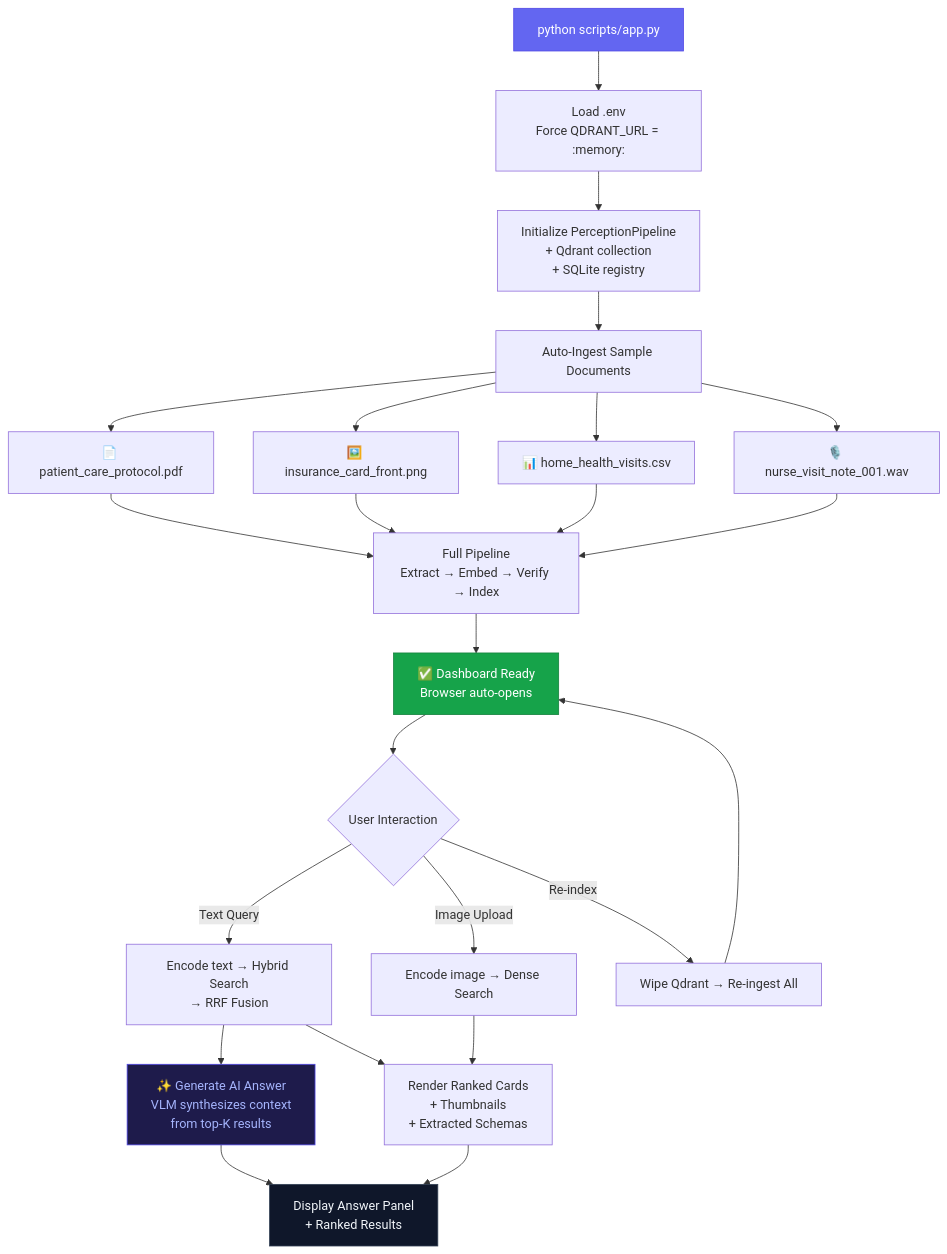
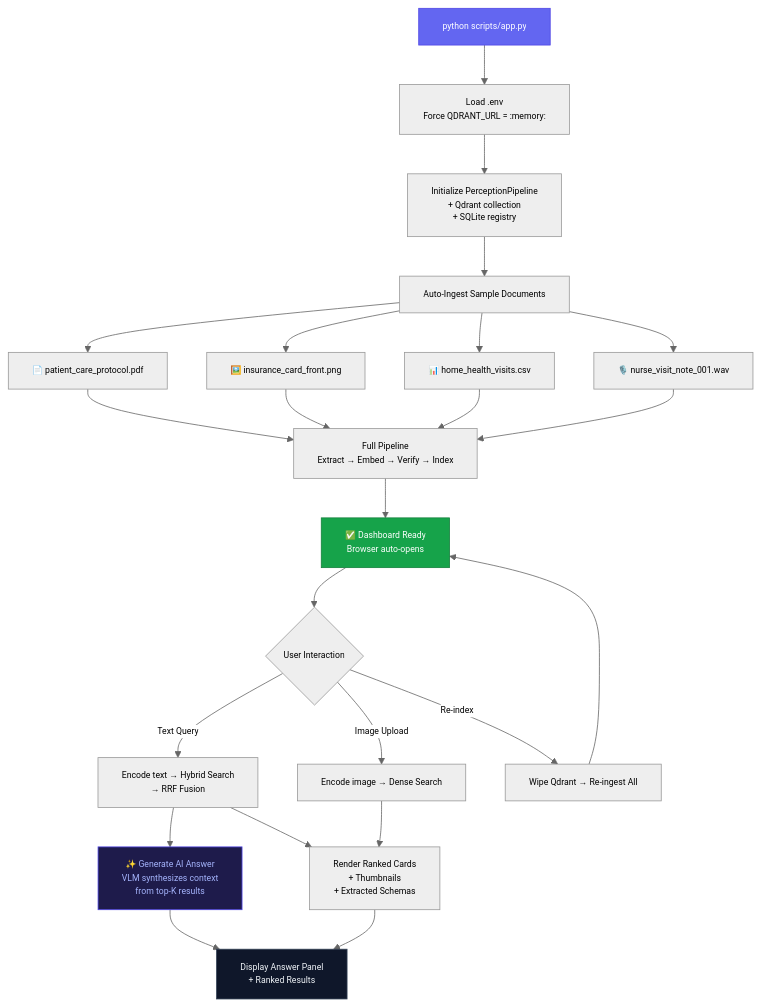
The third of 4 diagrams in workflow/pipeline_flow.md (the-write-path-code/ch06-multimodal-perception), drawn with Mermaid before and after one commit. The commit also changed other lines of this file, not shown here.

Commit message:
Update mermaid diagrams in pipeline_flow.md

````diff
--- a/workflow/pipeline_flow.md
+++ b/workflow/pipeline_flow.md
@@ -138,39 +140,40 @@
 ```mermaid
+%%{init: {"theme": "neutral", "themeVariables": {"fontFamily": "Arial, Helvetica, sans-serif", "fontSize": "11px", "actorFontSize": "11px", "noteFontSize": "10px", "messageFontSize": "10px"}}}%%
 graph TD
     %% Startup Phase
     Launch["python scripts/app.py"] --> EnvSetup["Load .env<br/>Force QDRANT_URL = :memory:"]
     EnvSetup --> InitPipeline["Initialize PerceptionPipeline<br/>+ Qdrant collection<br/>+ SQLite registry"]
     InitPipeline --> AutoIngest["Auto-Ingest Sample Documents"]
     
     %% Ingestion subflow
     AutoIngest --> IngestPDF["📄 patient_care_protocol.pdf"]
     AutoIngest --> IngestIMG["🖼️ insurance_card_front.png"]
     AutoIngest --> IngestCSV["📊 home_health_visits.csv"]
     AutoIngest --> IngestWAV["🎙️ nurse_visit_note_001.wav"]
     
     IngestPDF & IngestIMG & IngestCSV & IngestWAV --> PipelineRun["Full Pipeline<br/>Extract → Embed → Verify → Index"]
     PipelineRun --> Ready["✅ Dashboard Ready<br/>Browser auto-opens"]
     
     %% User interaction
     Ready --> UserAction{"User Interaction"}
     
     UserAction -->|"Text Query"| TextSearch["Encode text → Hybrid Search<br/>→ RRF Fusion"]
     UserAction -->|"Image Upload"| ImageSearch["Encode image → Dense Search"]
     UserAction -->|"Re-index"| Reindex["Wipe Qdrant → Re-ingest All"]
     
     %% RAG Answer
     TextSearch --> RAGAnswer["✨ Generate AI Answer<br/>VLM synthesizes context<br/>from top-K results"]
     TextSearch --> RenderResults["Render Ranked Cards<br/>+ Thumbnails<br/>+ Extracted Schemas"]
     ImageSearch --> RenderResults
     
     RAGAnswer --> FinalDisplay["Display Answer Panel<br/>+ Ranked Results"]
     RenderResults --> FinalDisplay
     
     Reindex --> Ready
 
     %% Styling
     style Launch fill:#6366f1,color:#fff,stroke:#4f46e5
     style Ready fill:#16a34a,color:#fff,stroke:#15803d
     style RAGAnswer fill:#1e1b4b,color:#a5b4fc,stroke:#4f46e5
     style FinalDisplay fill:#0f172a,color:#f1f5f9,stroke:#334155
 ```
````
